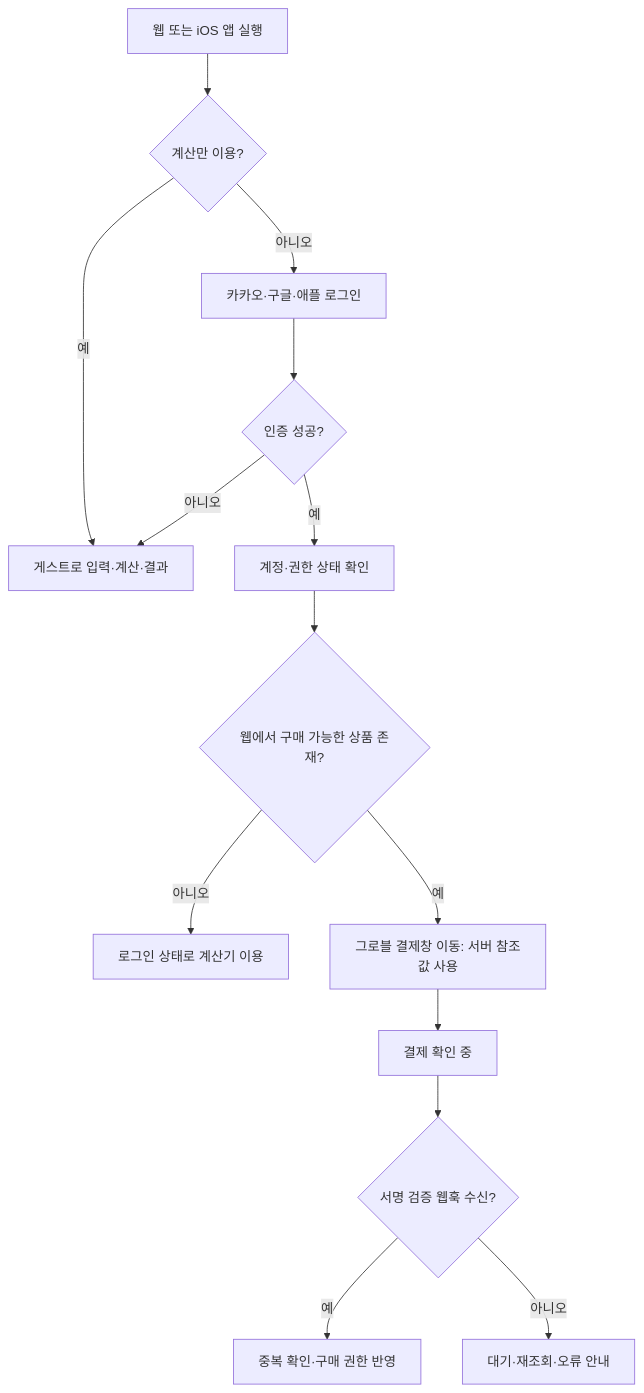
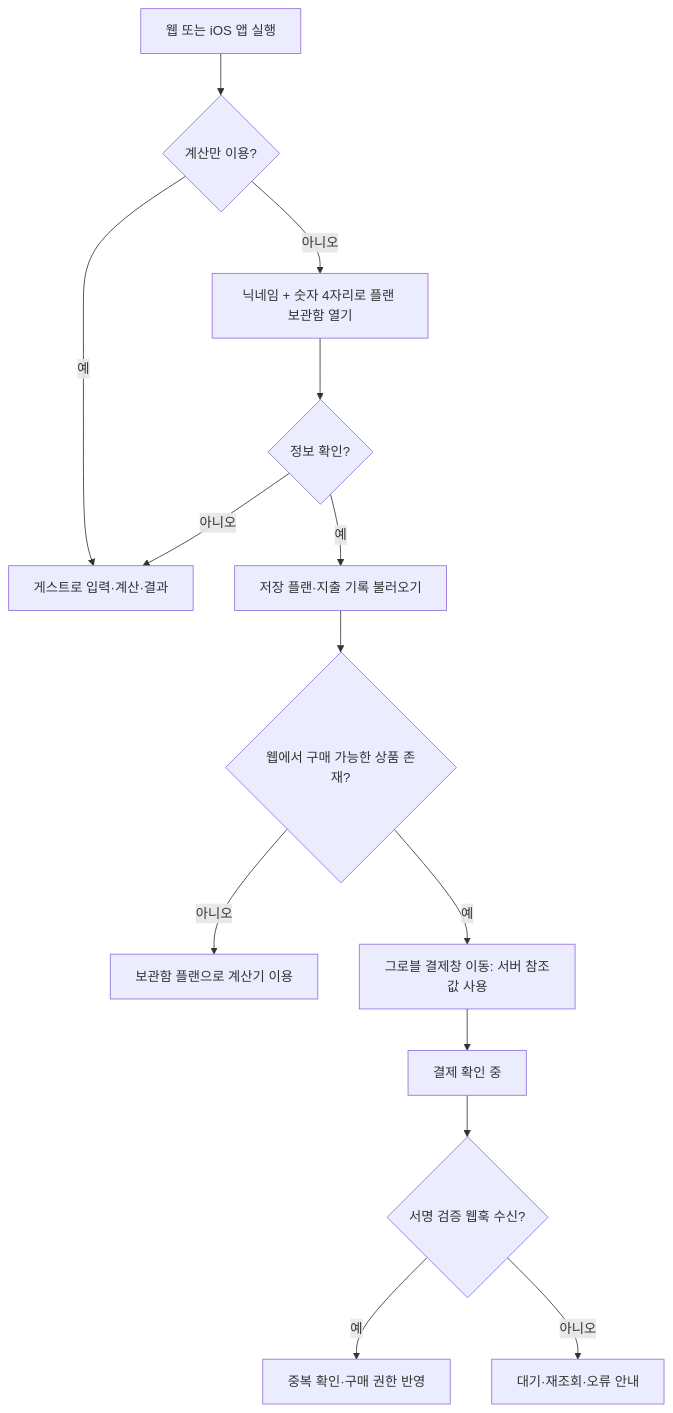
Before and after one commit to 2516511seseo/Vibe-Coding: the second of 3 diagrams in PRD.md, drawn with Mermaid. The commit also changed other lines of this file and 23 other files, not shown here.

````diff
--- a/PRD.md
+++ b/PRD.md
@@ -83,16 +84,16 @@
 ```mermaid
 flowchart TD
     A[웹 또는 iOS 앱 실행] --> B{계산만 이용?}
     B -- 예 --> C[게스트로 입력·계산·결과]
-    B -- 아니오 --> D[카카오·구글·애플 로그인]
-    D --> E{인증 성공?}
+    B -- 아니오 --> D[닉네임 + 숫자 4자리로 플랜 보관함 열기]
+    D --> E{정보 확인?}
     E -- 아니오 --> C
-    E -- 예 --> F[계정·권한 상태 확인]
+    E -- 예 --> F[저장 플랜·지출 기록 불러오기]
     F --> G{웹에서 구매 가능한 상품 존재?}
-    G -- 아니오 --> H[로그인 상태로 계산기 이용]
+    G -- 아니오 --> H[보관함 플랜으로 계산기 이용]
     G -- 예 --> I[그로블 결제창 이동: 서버 참조값 사용]
     I --> J[결제 확인 중]
     J --> K{서명 검증 웹훅 수신?}
     K -- 예 --> L[중복 확인·구매 권한 반영]
     K -- 아니오 --> M[대기·재조회·오류 안내]
 ```
````
